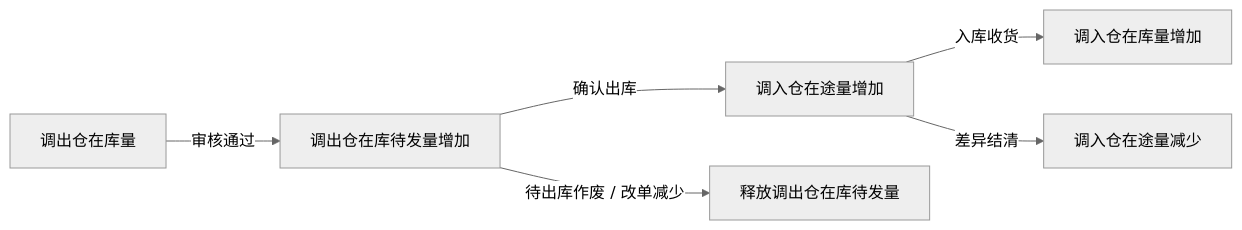
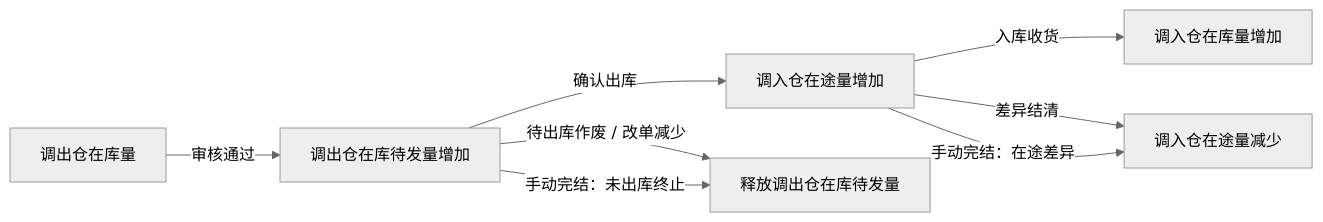
The second of 2 diagrams in PRD/调拨单全流程管理-PRD.md (heiquanrenheiquanren-lab/Middle-Platform-Pages), drawn with Mermaid (neutral theme) before and after one commit. The commit also changed other lines of this file and 14 other files, not shown here.

````diff
--- a/PRD/调拨单全流程管理-PRD.md
+++ b/PRD/调拨单全流程管理-PRD.md
@@ -127,8 +149,10 @@
 ```mermaid
 flowchart LR
     A[调出仓在库量] -->|审核通过| B[调出仓在库待发量增加]
     B -->|确认出库| C[调入仓在途量增加]
     C -->|入库收货| D[调入仓在库量增加]
     B -->|待出库作废 / 改单减少| E[释放调出仓在库待发量]
+    B -->|手动完结：未出库终止| E
     C -->|差异结清| F[调入仓在途量减少]
+    C -->|手动完结：在途差异| F
 ```
````
